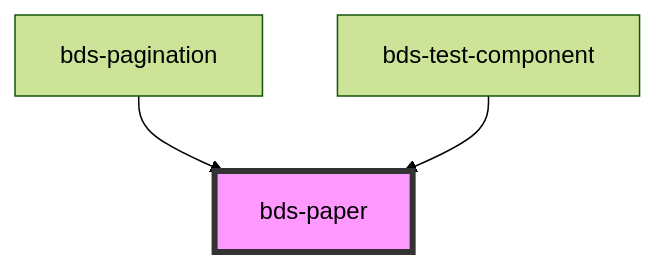
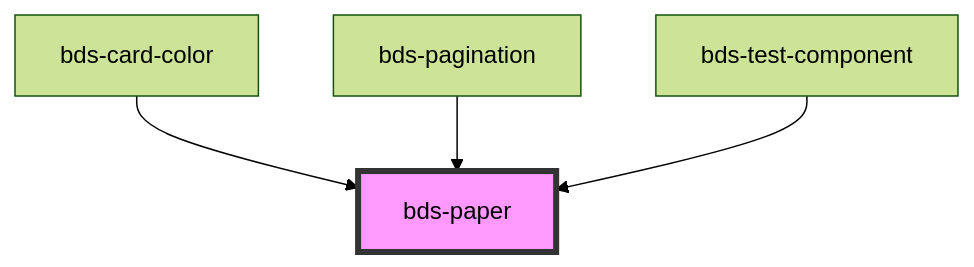
Before and after one commit to takenet/blip-ds: the diagram in src/components/paper/readme.md, drawn with Mermaid (forest theme). The commit also changed other lines of this file and 93 other files, not shown here.

````diff
--- a/src/components/paper/readme.md
+++ b/src/components/paper/readme.md
@@ -27,6 +28,7 @@
 ```mermaid
 graph TD;
+  bds-card-color --> bds-paper
   bds-pagination --> bds-paper
   bds-test-component --> bds-paper
   style bds-paper fill:#f9f,stroke:#333,stroke-width:4px
 ```
````
